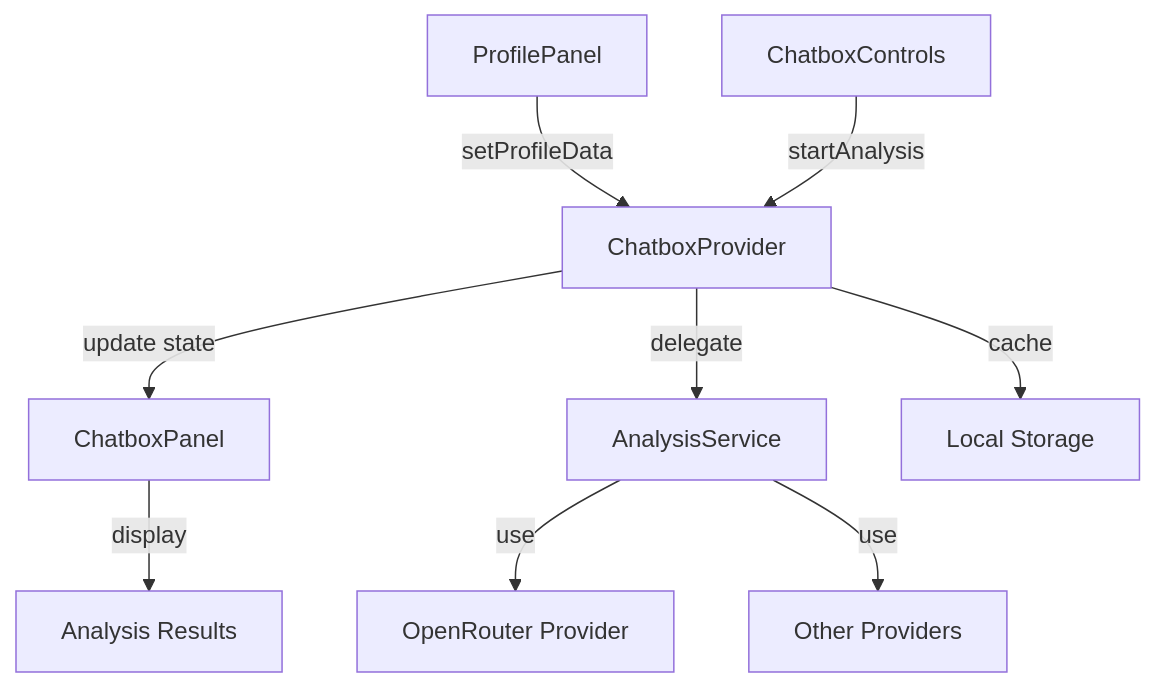
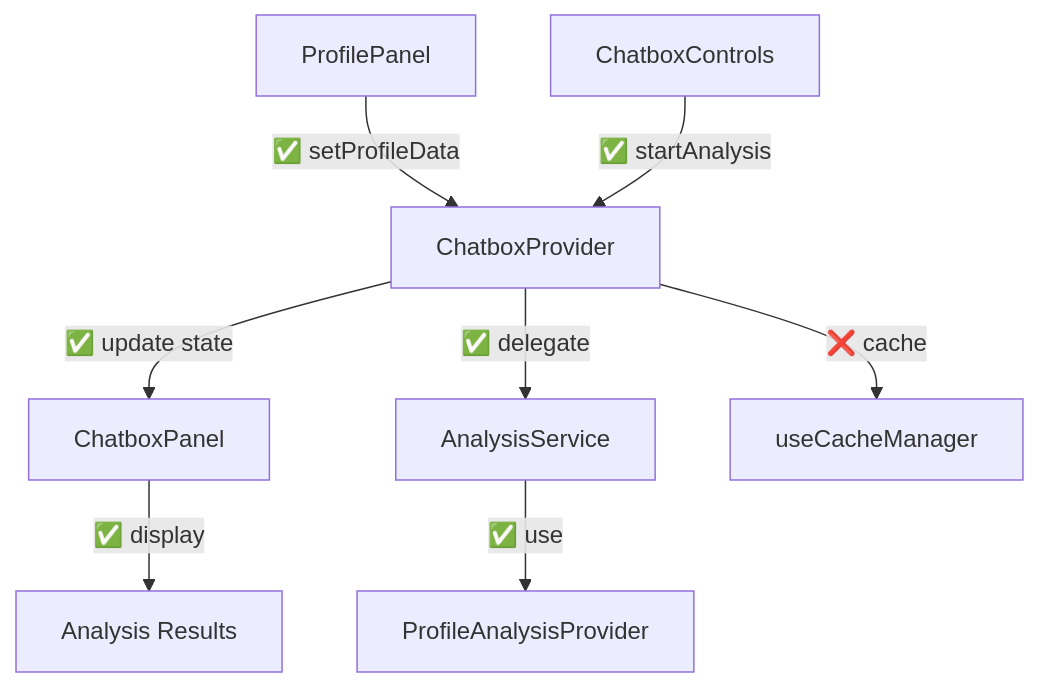
The diagram in chatbox-analysis-task.md (Privasim/backup), drawn with Mermaid before and after one commit. The commit also changed other lines of this file and 14 other files, not shown here.

````diff
--- a/chatbox-analysis-task.md
+++ b/chatbox-analysis-task.md
@@ -5,11 +7,10 @@
 ```mermaid
 graph TD
-    A[ProfilePanel] -->|setProfileData| B[ChatboxProvider]
-    C[ChatboxControls] -->|startAnalysis| B
-    B -->|update state| D[ChatboxPanel]
-    B -->|delegate| E[AnalysisService]
-    E -->|use| F[OpenRouter Provider]
-    E -->|use| G[Other Providers]
-    D -->|display| H[Analysis Results]
-    B -->|cache| I[Local Storage]
+    A[ProfilePanel] -->|✅ setProfileData| B[ChatboxProvider]
+    C[ChatboxControls] -->|✅ startAnalysis| B
+    B -->|✅ update state| D[ChatboxPanel]
+    B -->|✅ delegate| E[AnalysisService]
+    E -->|✅ use| F[ProfileAnalysisProvider]
+    D -->|✅ display| H[Analysis Results]
+    B -->|❌ cache| I[useCacheManager]
 ```
````
